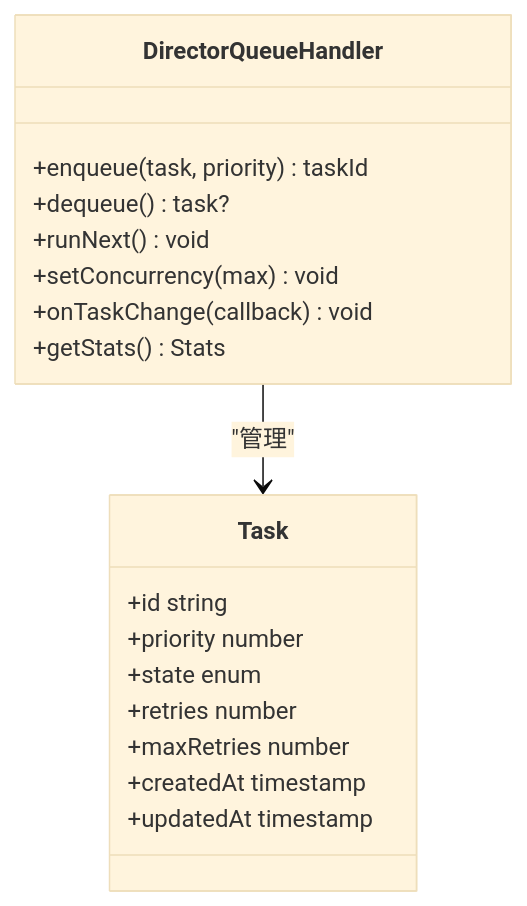
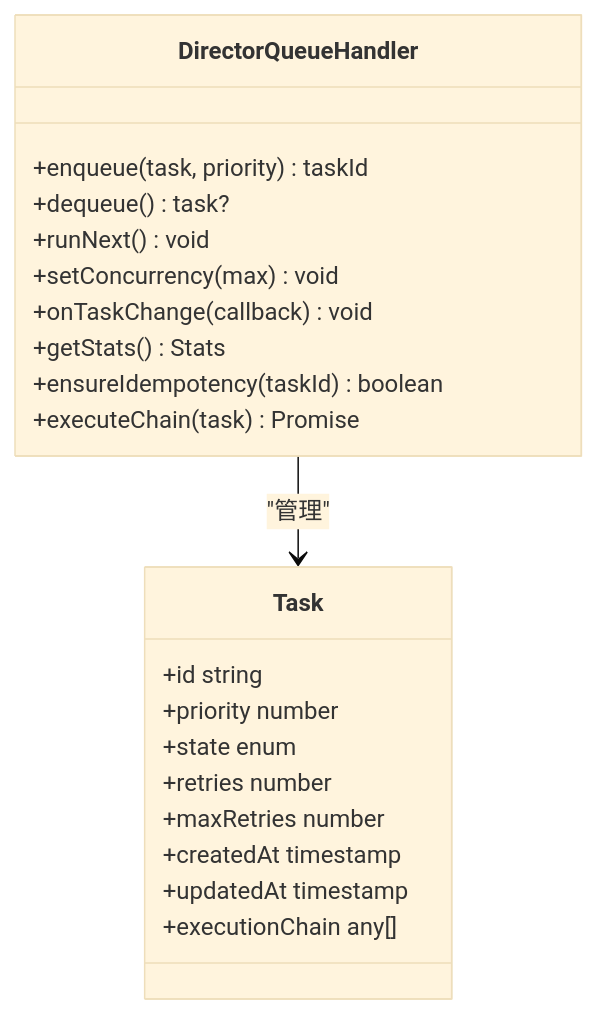
The fourth of 9 diagrams in .qoder/repowiki/zh/content/核心功能模块/导演系统/队列处理.md (AIMFllyYS/code-video-canvas), drawn with Mermaid (base theme) before and after one commit. The commit also changed other lines of this file and 47 other files, not shown here.

````diff
--- a/.qoder/repowiki/zh/content/核心功能模块/导演系统/队列处理.md
+++ b/.qoder/repowiki/zh/content/核心功能模块/导演系统/队列处理.md
@@ -136,21 +230,24 @@
 ```mermaid
 classDiagram
 class DirectorQueueHandler {
 +enqueue(task, priority) taskId
 +dequeue() task?
 +runNext() void
 +setConcurrency(max) void
 +onTaskChange(callback) void
 +getStats() Stats
++ensureIdempotency(taskId) boolean
++executeChain(task) Promise
 }
 class Task {
 +id string
 +priority number
 +state enum
 +retries number
 +maxRetries number
 +createdAt timestamp
 +updatedAt timestamp
++executionChain any[]
 }
 DirectorQueueHandler --> Task : "管理"
 ```
````
